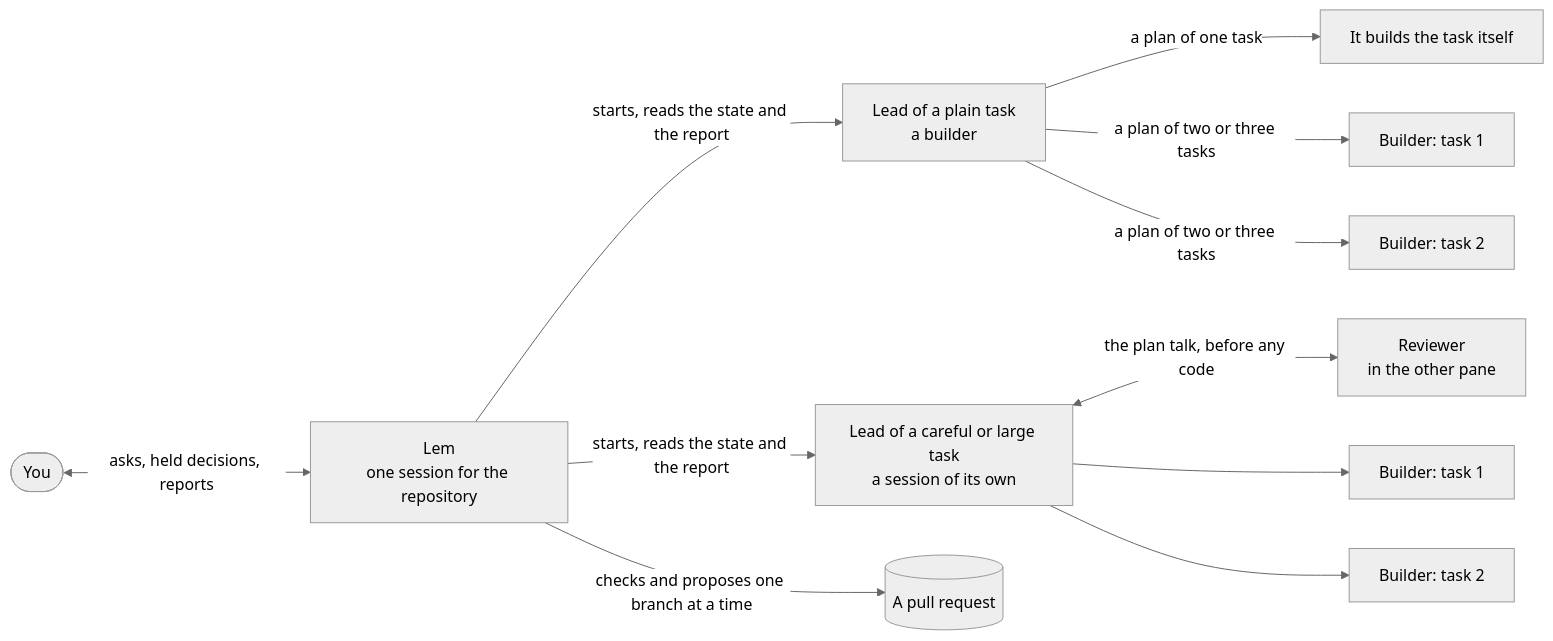
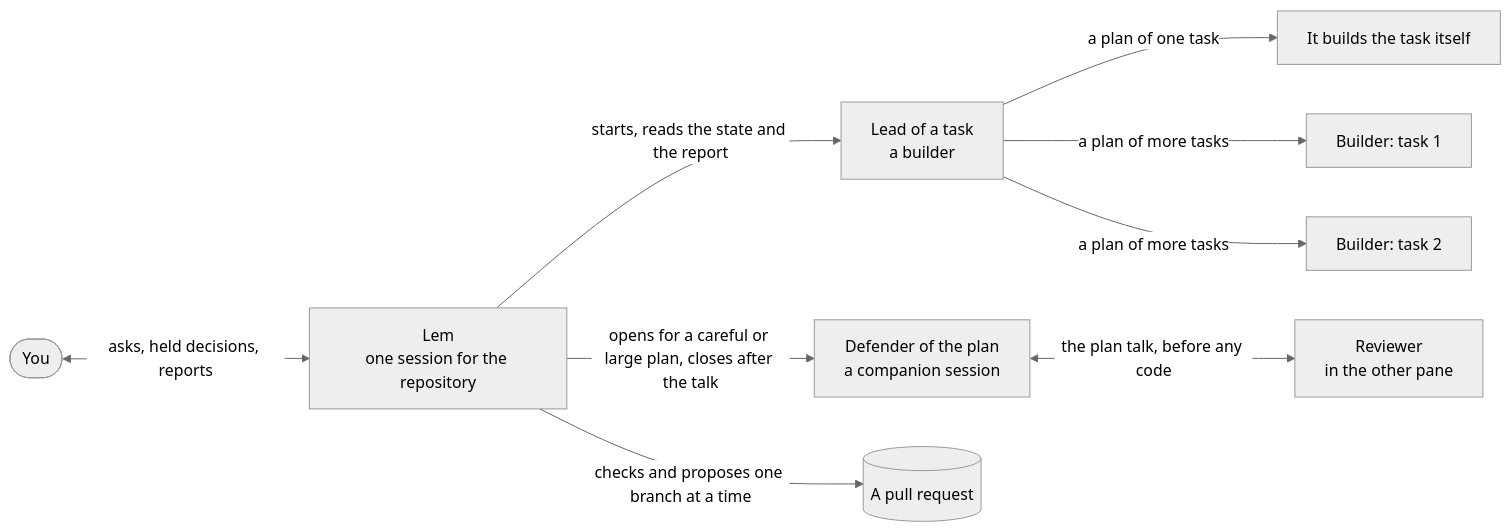
Before and after one commit to pySilver/lem: the third of 4 diagrams in README.md, drawn with Mermaid (neutral theme). The commit also changed other lines of this file and 25 other files, not shown here.

First line of the commit message:
feat(lem): a companion for the plan talk only, a check for a layer of patches, a merge with no pull request, and the kind of a request

````diff
--- a/README.md
+++ b/README.md
@@ -316,13 +398,11 @@
 ```mermaid
 flowchart LR
     you([You]) <-- asks, held decisions, reports --> lem[Lem<br/>one session for the repository]
-    lem -- starts, reads the state and the report --> leadA[Lead of a plain task<br/>a builder]
-    lem -- starts, reads the state and the report --> leadB[Lead of a careful or large task<br/>a session of its own]
+    lem -- starts, reads the state and the report --> leadA[Lead of a task<br/>a builder]
+    lem -- opens for a careful or large plan, closes after the talk --> leadB[Defender of the plan<br/>a companion session]
+    leadB <-- the plan talk, before any code --> rev[Reviewer<br/>in the other pane]
     leadA -- a plan of one task --> self[It builds the task itself]
-    leadA -- a plan of two or three tasks --> b1[Builder: task 1]
-    leadA -- a plan of two or three tasks --> b2[Builder: task 2]
-    leadB <-- the plan talk, before any code --> rev[Reviewer<br/>in the other pane]
-    leadB --> b3[Builder: task 1]
-    leadB --> b4[Builder: task 2]
+    leadA -- a plan of more tasks --> b1[Builder: task 1]
+    leadA -- a plan of more tasks --> b2[Builder: task 2]
     lem -- checks and proposes one branch at a time --> pr[(A pull request)]
 ```
````
